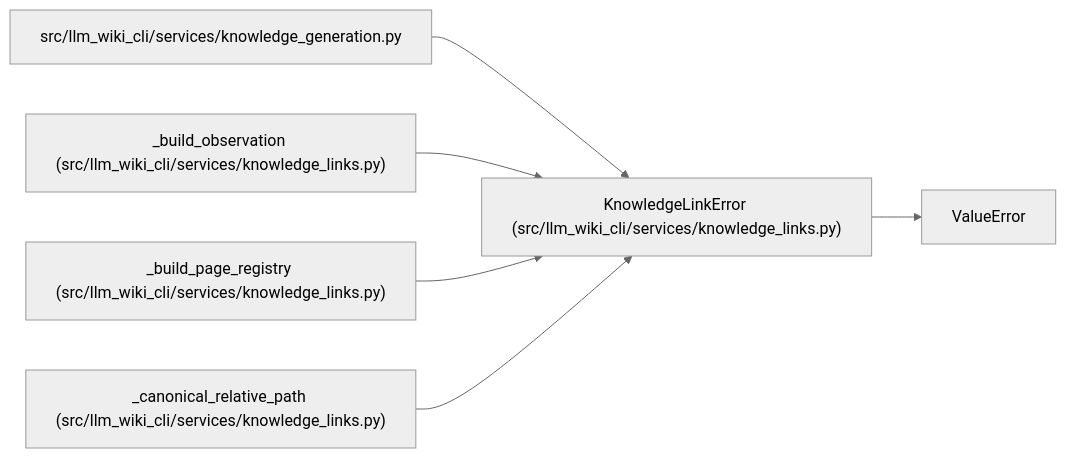
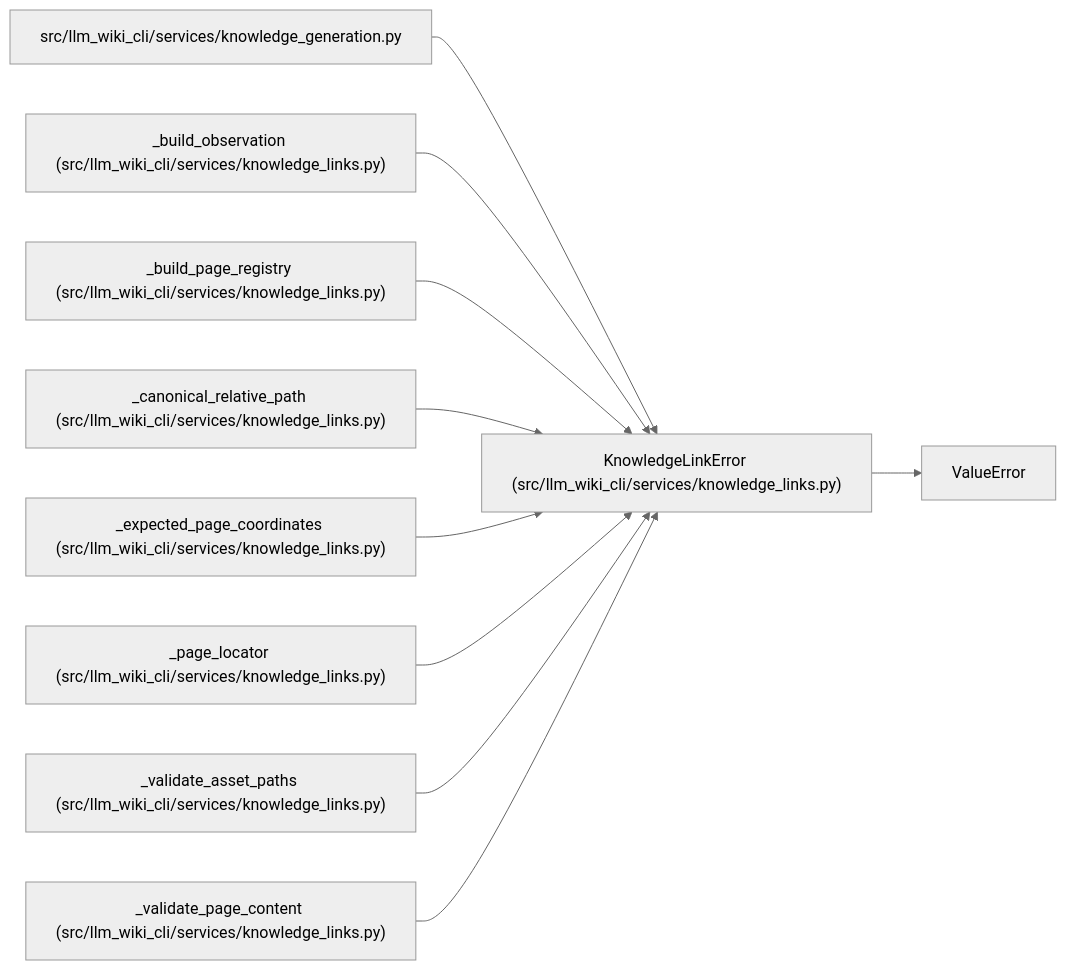
Before and after one commit to Denissvgn/python-wiki-llm: the diagram in docs/llm_wiki/entities/KnowledgeLinkError.md, drawn with Mermaid (neutral theme). The commit also changed other lines of this file and 493 other files, not shown here.

````diff
--- a/docs/llm_wiki/entities/KnowledgeLinkError.md
+++ b/docs/llm_wiki/entities/KnowledgeLinkError.md
@@ -25,19 +25,31 @@
 ```mermaid
 flowchart LR
     n0["KnowledgeLinkError (src/llm_wiki_cli/services/knowledge_links.py)"]
     n1["ValueError"]
     n2["src/llm_wiki_cli/services/knowledge_generation.py"]
     n3["_build_observation (src/llm_wiki_cli/services/knowledge_links.py)"]
     n4["_build_page_registry (src/llm_wiki_cli/services/knowledge_links.py)"]
     n5["_canonical_relative_path (src/llm_wiki_cli/services/knowledge_links.py)"]
+    n6["_expected_page_coordinates (src/llm_wiki_cli/services/knowledge_links.py)"]
+    n7["_page_locator (src/llm_wiki_cli/services/knowledge_links.py)"]
+    n8["_validate_asset_paths (src/llm_wiki_cli/services/knowledge_links.py)"]
+    n9["_validate_page_content (src/llm_wiki_cli/services/knowledge_links.py)"]
     n0 --> n1
     n2 --> n0
     n3 --> n0
     n4 --> n0
     n5 --> n0
+    n6 --> n0
+    n7 --> n0
+    n8 --> n0
+    n9 --> n0
     click n0 "../modules/knowledge_links.md"
     click n2 "../modules/knowledge_generation.md"
     click n3 "../modules/knowledge_links.md"
     click n4 "../modules/knowledge_links.md"
     click n5 "../modules/knowledge_links.md"
+    click n6 "../modules/knowledge_links.md"
+    click n7 "../modules/knowledge_links.md"
+    click n8 "../modules/knowledge_links.md"
+    click n9 "../modules/knowledge_links.md"
 ```
````
